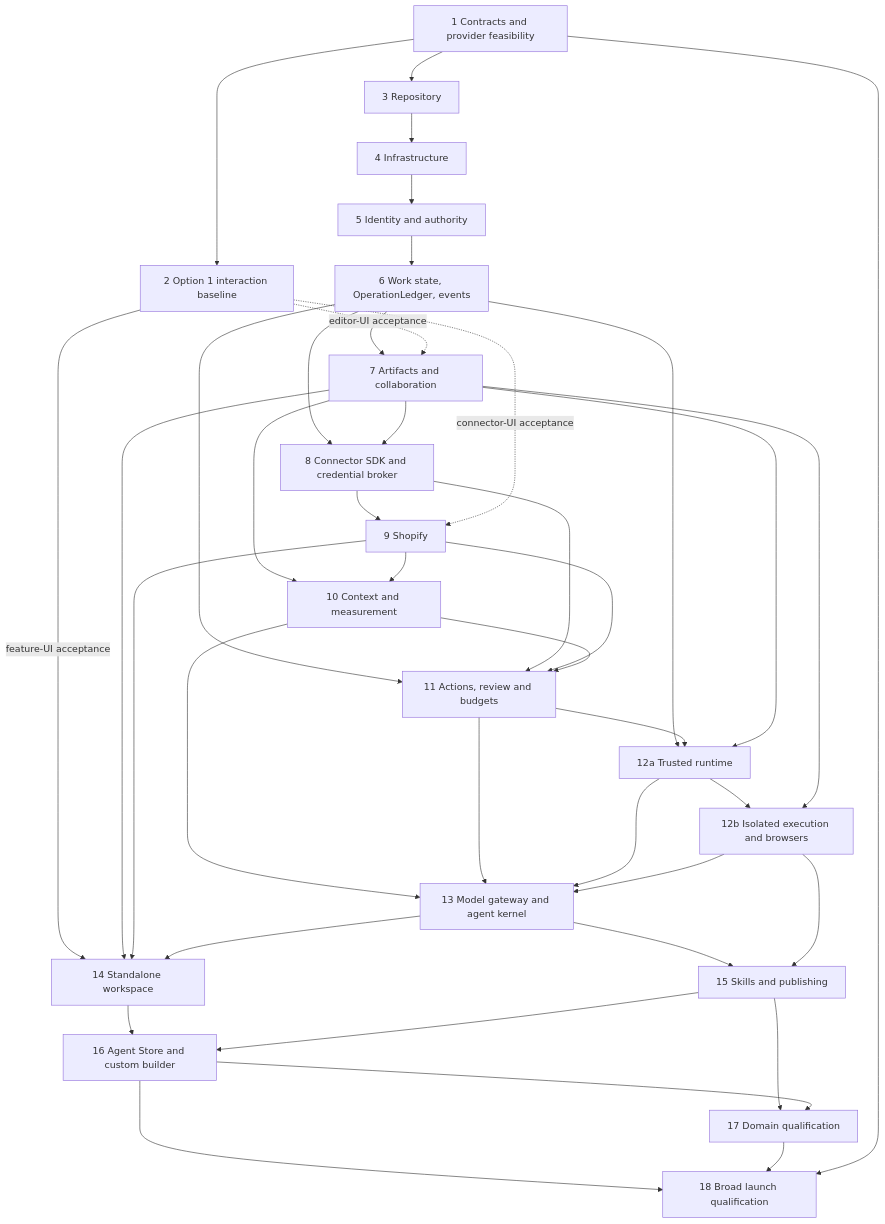
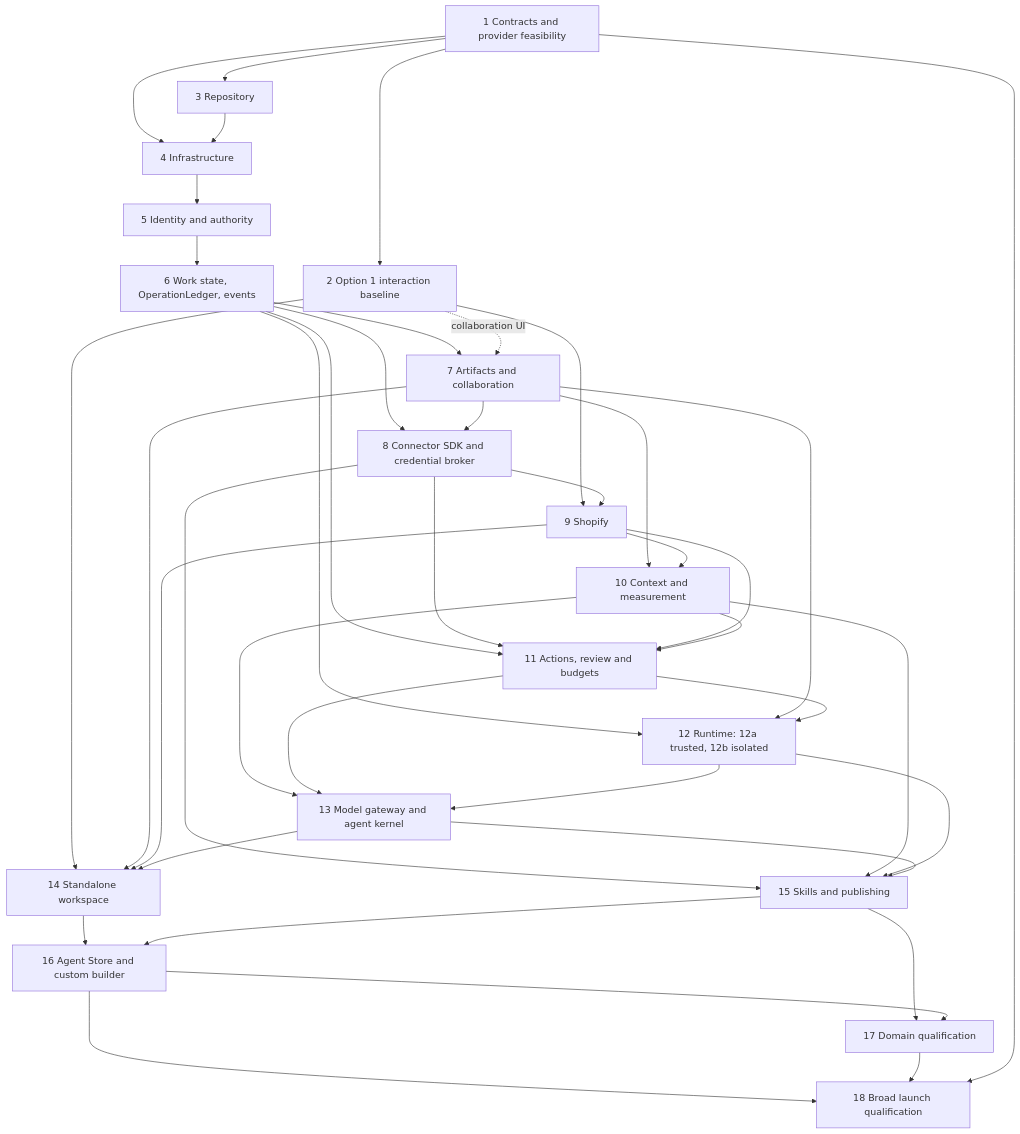
Before and after one commit to sultanhunter/Morrow: the diagram in docs/plan/build-plan.md, drawn with Mermaid. The commit also changed other lines of this file and 23 other files, not shown here.

````diff
--- a/docs/plan/build-plan.md
+++ b/docs/plan/build-plan.md
@@ -1143,42 +1145,42 @@
 ```mermaid
 flowchart TD
     P1["1 Contracts and provider feasibility"] --> P2["2 Option 1 interaction baseline"]
     P1 --> P3["3 Repository"]
-    P3 --> P4["4 Infrastructure"]
+    P1 --> P4["4 Infrastructure"]
+    P3 --> P4
     P4 --> P5["5 Identity and authority"]
     P5 --> P6["6 Work state, OperationLedger, events"]
     P6 --> P7["7 Artifacts and collaboration"]
+    P2 -.->|"collaboration UI"| P7
     P6 --> P8["8 Connector SDK and credential broker"]
     P7 --> P8
-    P8 --> P9["9 Shopify"]
+    P2 --> P9["9 Shopify"]
+    P8 --> P9
     P7 --> P10["10 Context and measurement"]
     P9 --> P10
     P6 --> P11["11 Actions, review and budgets"]
     P8 --> P11
     P9 --> P11
     P10 --> P11
-    P6 --> P12a["12a Trusted runtime"]
-    P11 --> P12a
-    P7 --> P12a
-    P12a --> P12b["12b Isolated execution and browsers"]
-    P7 --> P12b
+    P6 --> P12["12 Runtime: 12a trusted, 12b isolated"]
+    P7 --> P12
+    P11 --> P12
     P10 --> P13["13 Model gateway and agent kernel"]
     P11 --> P13
-    P12a --> P13
-    P12b --> P13
-    P2 -.->|"editor-UI acceptance"| P7
-    P2 -.->|"connector-UI acceptance"| P9
-    P2 -->|"feature-UI acceptance"| P14["14 Standalone workspace"]
+    P12 --> P13
+    P2 --> P14["14 Standalone workspace"]
     P7 --> P14
     P9 --> P14
     P13 --> P14
-    P13 --> P15["15 Skills and publishing"]
-    P12b --> P15
+    P8 --> P15["15 Skills and publishing"]
+    P10 --> P15
+    P12 --> P15
+    P13 --> P15
     P14 --> P16["16 Agent Store and custom builder"]
     P15 --> P16
     P15 --> P17["17 Domain qualification"]
     P16 --> P17
     P16 --> P18["18 Broad launch qualification"]
     P17 --> P18
     P1 --> P18
 ```
````
